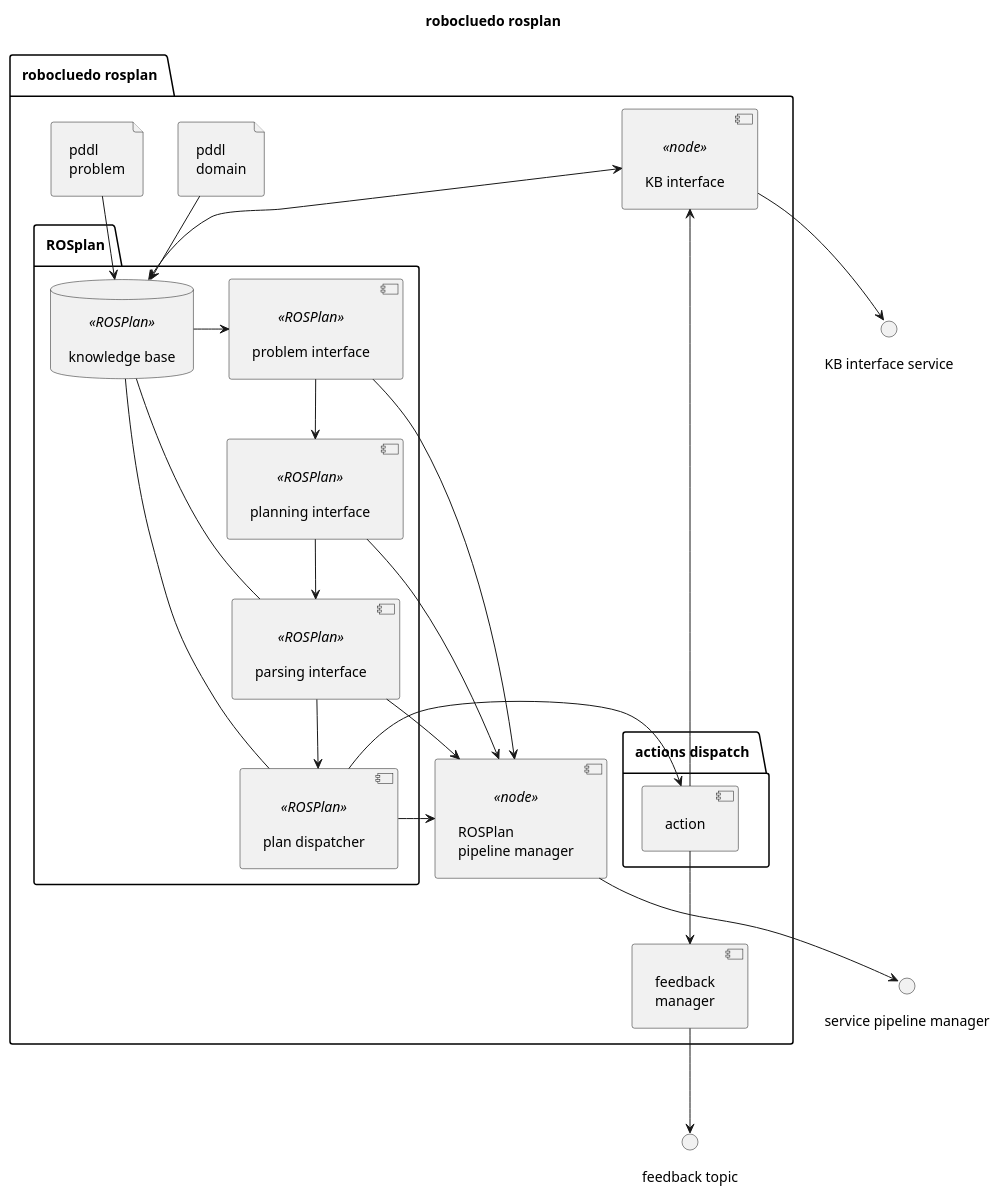
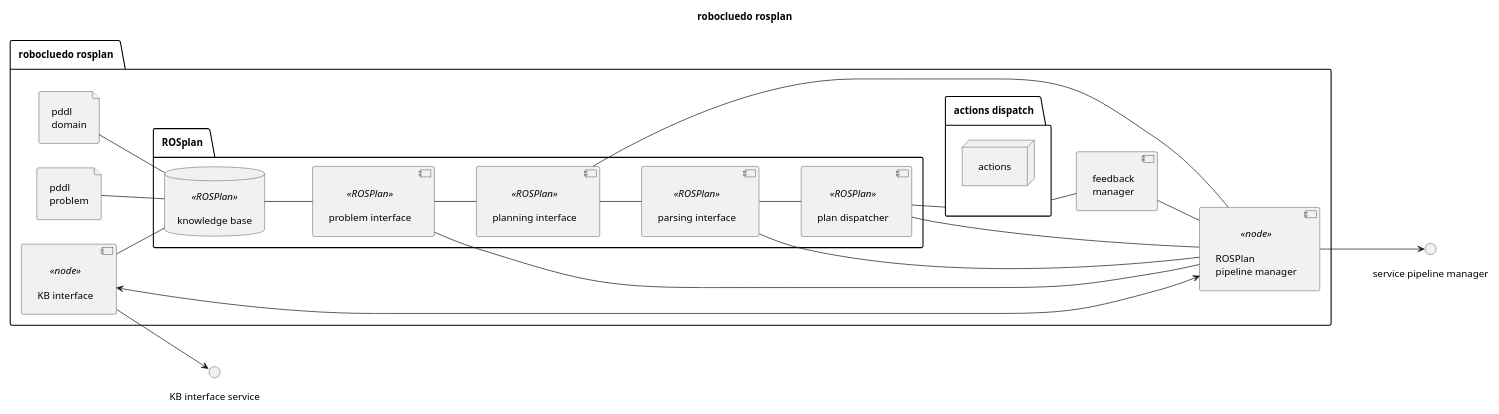
One commit to programmatoroSeduto/ExperimentalRoboticsLab-Assignment-2 changed the diagram in robocluedo_rosplan/_uml/rosplan-arch.md. Above: the diagram before and after it, drawn with PlantUML. The commit also changed other lines of this file and 303 other files, not shown here.

````diff
--- a/robocluedo_rosplan/_uml/rosplan-arch.md
+++ b/robocluedo_rosplan/_uml/rosplan-arch.md
@@ -20,59 +35,61 @@
 ```{uml} 
 @startuml
+scale 0.7
 
 ''' DIAGRAM INFOS
 title "robocluedo rosplan"
 skinparam Padding 8
+left to right direction
 
 
 ''' DIAGRAM ELEMENTS
 package "robocluedo rosplan" {
 
 file "pddl\ndomain" as PDDL_DOM
 file "pddl\nproblem" as PDDL_PROB
 
 package "ROSplan" {
 	database "knowledge base" <<ROSPlan>> as KB
 	[problem interface] <<ROSPlan>> as PROBLEM
 	[planning interface] <<ROSPlan>> as PLAN
 	[parsing interface] <<ROSPlan>> as PARSE
 	[plan dispatcher] <<ROSPlan>> as DISPATCH
 
-	KB -right-> PROBLEM
-	PROBLEM -down-> PLAN
-	PLAN -down-> PARSE
-	KB -right- PARSE
-	PARSE -down-> DISPATCH
-	KB -left- DISPATCH
+	KB -- PROBLEM
+	PROBLEM -- PLAN
+	PLAN -- PARSE
+	' KB -- PARSE
+	PARSE -- DISPATCH
+	' KB -- DISPATCH
 }
 
-package "actions dispatch" {
-	[action] as ACTION
+package "actions dispatch" as ACTION {
+	node actions
 }
 
 [feedback\nmanager] as FEEDBACK
 [ROSPlan\npipeline manager] <<node>> as MANAGER
 [KB interface] <<node>> as IKB
-ACTION --> IKB
 
-DISPATCH -right-> ACTION
-PDDL_DOM --> KB
-PDDL_PROB --> KB
-IKB <--> KB
+DISPATCH -- ACTION
+PDDL_DOM -- KB
+PDDL_PROB -- KB
+IKB -- KB
 
-ACTION --> FEEDBACK
+ACTION -- FEEDBACK
+FEEDBACK -- MANAGER
 
-PROBLEM -right-> MANAGER
-PLAN -right-> MANAGER
-PARSE -right-> MANAGER
-DISPATCH -right-> MANAGER
+PROBLEM -right- MANAGER
+PLAN -right- MANAGER
+PARSE -right- MANAGER
+DISPATCH -right- MANAGER
 }
 
-() "feedback topic" as TOPIC_FEEDBACK
-FEEDBACK --> TOPIC_FEEDBACK
 () "service pipeline manager" as SRV_MANAGER
 MANAGER --> SRV_MANAGER
 () "KB interface service" as SRV_IKB
 IKB --> SRV_IKB
+
+IKB <--> MANAGER
 @enduml
 ```
````
